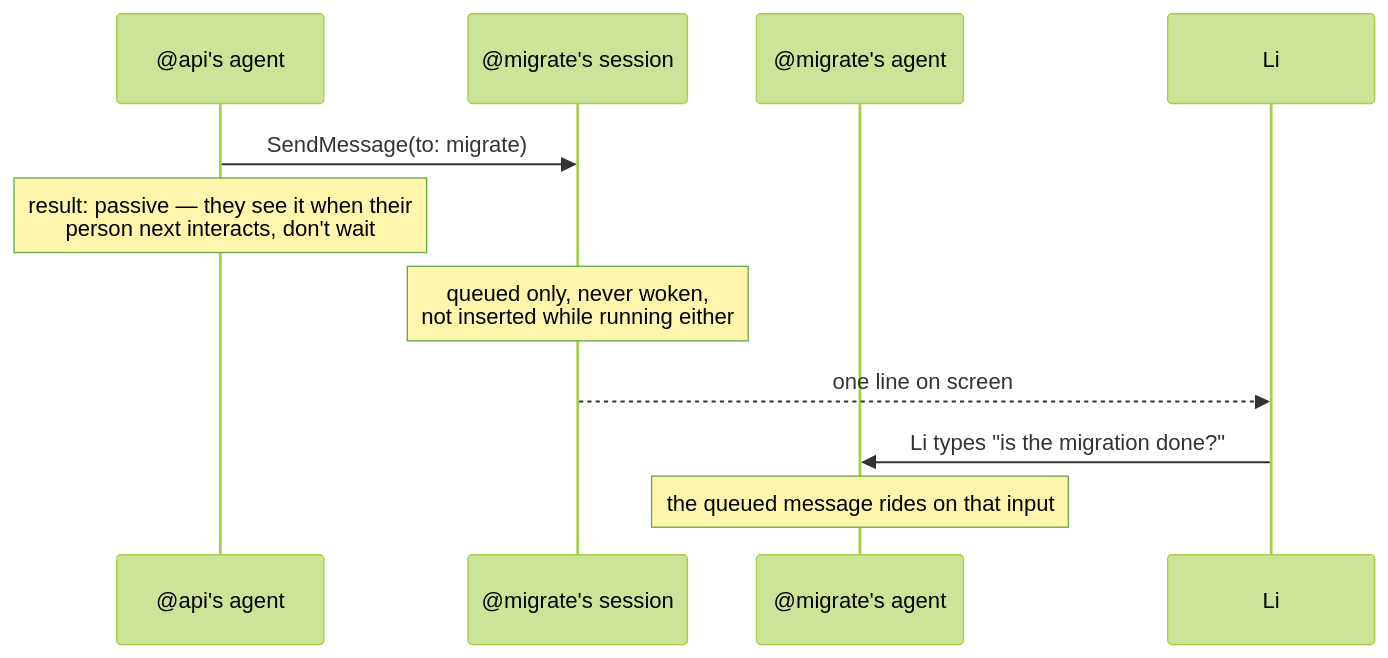
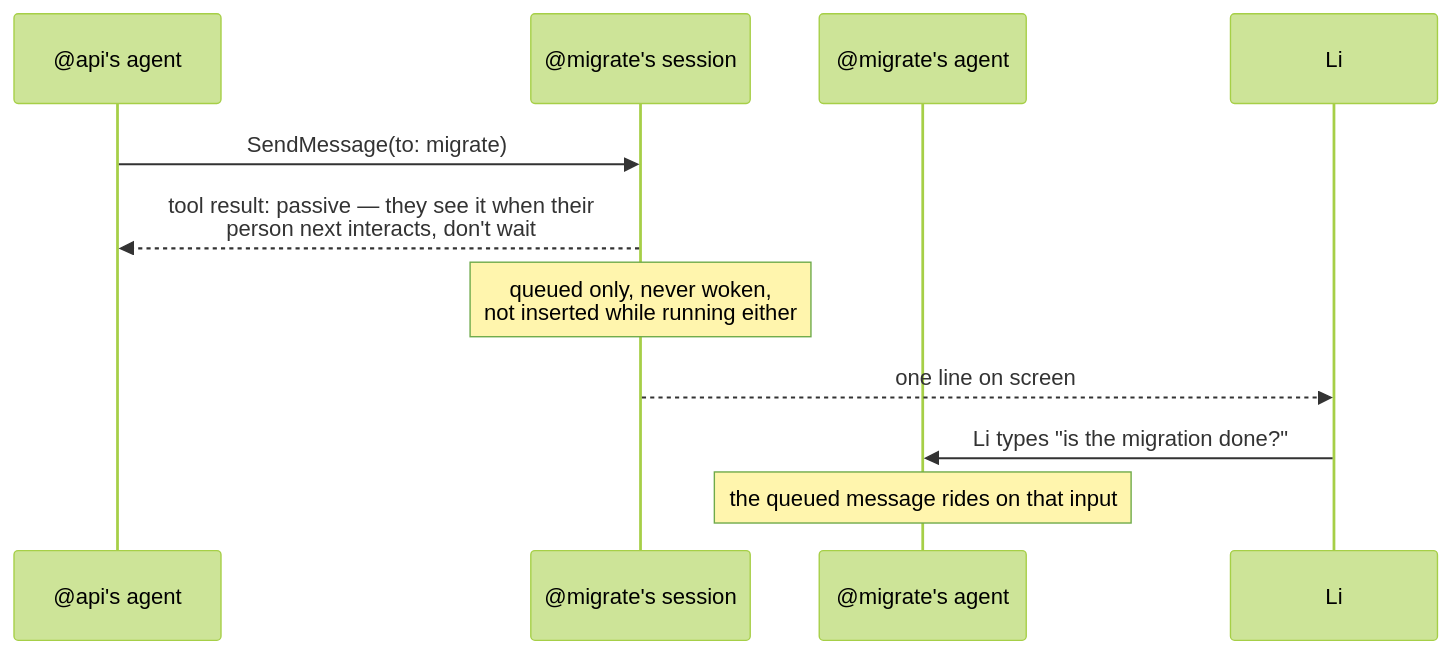
One commit to genai-io/san changed the second of 5 diagrams in docs/design/proposals/0003-session-groups.md. Above: the diagram before and after it, drawn with Mermaid (forest theme). The commit also changed other lines of this file and 1 other file, not shown here.

````diff
--- a/docs/design/proposals/0003-session-groups.md
+++ b/docs/design/proposals/0003-session-groups.md
@@ -144,13 +148,13 @@
 ```mermaid
 sequenceDiagram
     participant A as @api's agent
     participant M as @migrate's session
     participant MA as @migrate's agent
     participant L as Li
     A->>M: SendMessage(to: migrate)
-    Note over A: result: passive — they see it when their<br/>person next interacts, don't wait
+    M-->>A: tool result: passive — they see it when their<br/>person next interacts, don't wait
     Note over M: queued only, never woken,<br/>not inserted while running either
     M-->>L: one line on screen
     L->>MA: Li types "is the migration done?"
     Note over MA: the queued message rides on that input
 ```
````
